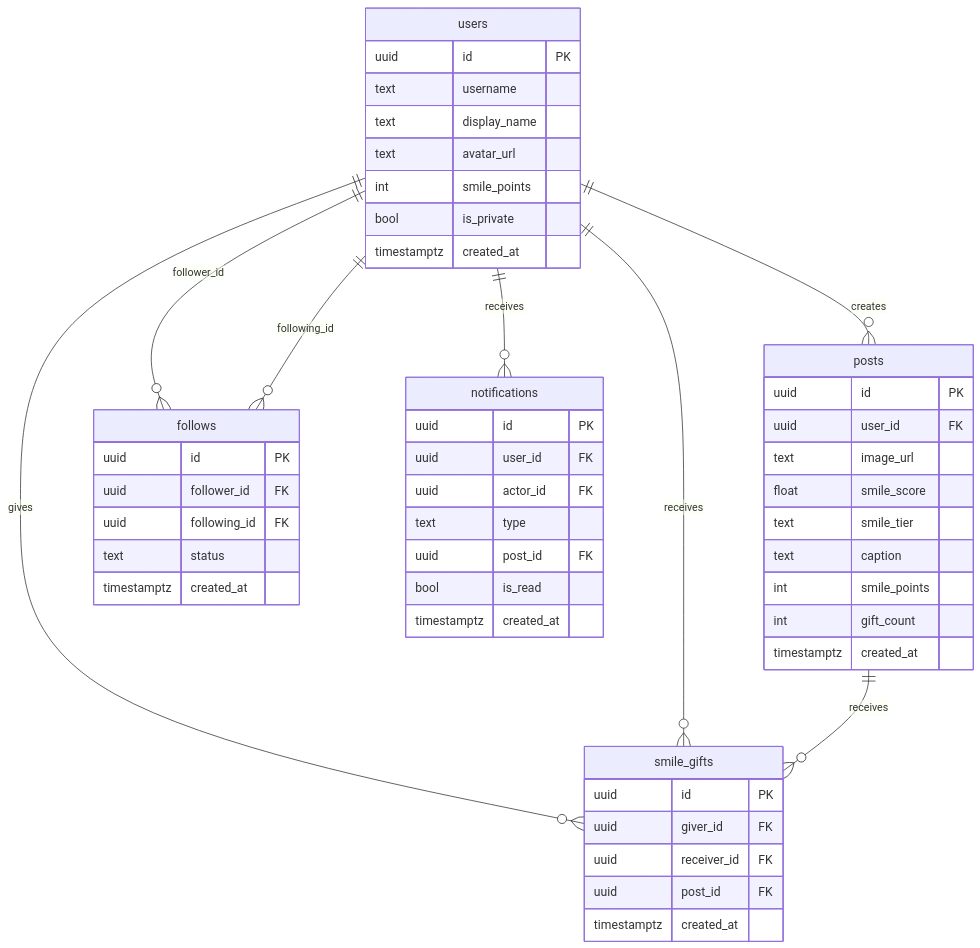
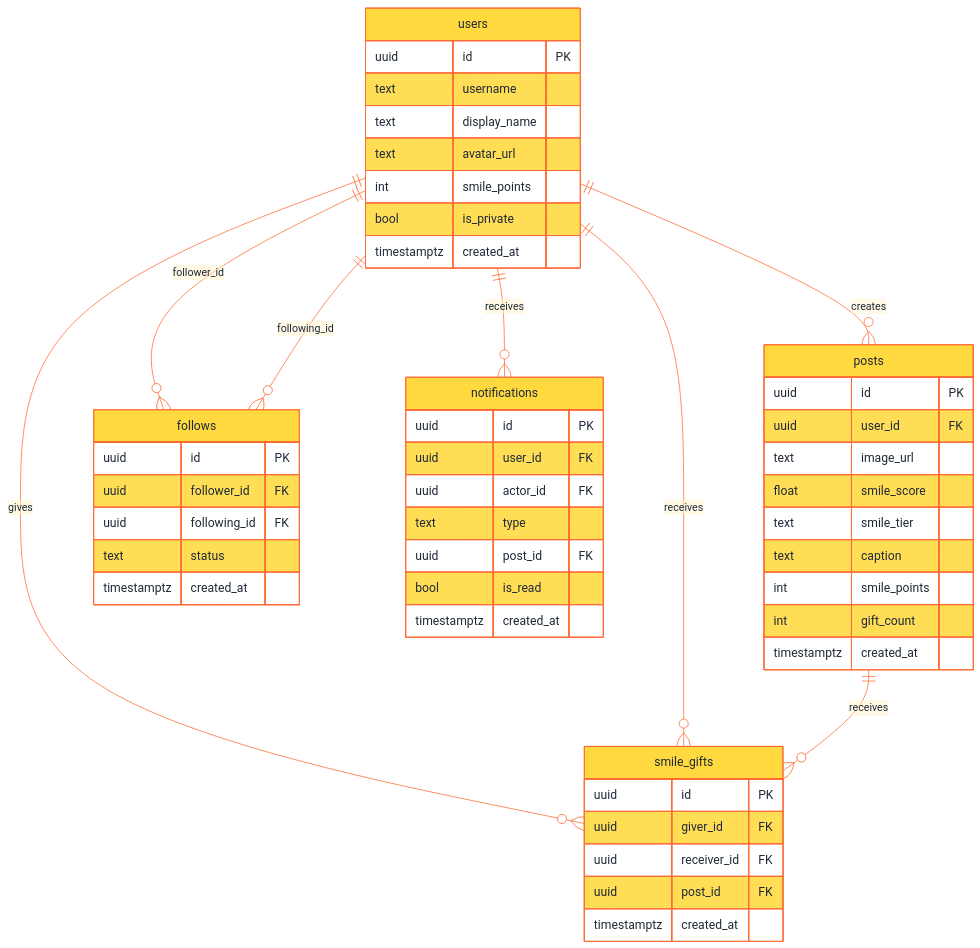
One commit to HackIndiaXYZ/vibe-coding-hackathon-2026-claduesss changed the sixth of 6 diagrams in README.md. Above: the diagram before and after it, drawn with Mermaid. The commit also changed other lines of this file, not shown here.

Commit message:
docs(readme): add brand colors to all mermaid diagrams

````diff
--- a/README.md
+++ b/README.md
@@ -151,58 +177,59 @@
 ```mermaid
+%%{init: {'theme': 'base', 'themeVariables': {'primaryColor': '#FFD93D', 'primaryTextColor': '#1F2937', 'primaryBorderColor': '#FF6B35', 'lineColor': '#FF6B35', 'tertiaryColor': '#FFF3CD', 'edgeLabelBackground': '#FFFBF0', 'attributeBackgroundColorEven': '#FFFBF0', 'attributeBackgroundColorOdd': '#FFF3CD'}}}%%
 erDiagram
     users {
         uuid id PK
         text username
         text display_name
         text avatar_url
         int smile_points
         bool is_private
         timestamptz created_at
     }
 
     posts {
         uuid id PK
         uuid user_id FK
         text image_url
         float smile_score
         text smile_tier
         text caption
         int smile_points
         int gift_count
         timestamptz created_at
     }
 
     follows {
         uuid id PK
         uuid follower_id FK
         uuid following_id FK
         text status
         timestamptz created_at
     }
 
     smile_gifts {
         uuid id PK
         uuid giver_id FK
         uuid receiver_id FK
         uuid post_id FK
         timestamptz created_at
     }
 
     notifications {
         uuid id PK
         uuid user_id FK
         uuid actor_id FK
         text type
         uuid post_id FK
         bool is_read
         timestamptz created_at
     }
 
     users ||--o{ posts : "creates"
     users ||--o{ follows : "follower_id"
     users ||--o{ follows : "following_id"
     users ||--o{ smile_gifts : "gives"
     users ||--o{ smile_gifts : "receives"
     posts ||--o{ smile_gifts : "receives"
     users ||--o{ notifications : "receives"
 ```
````
